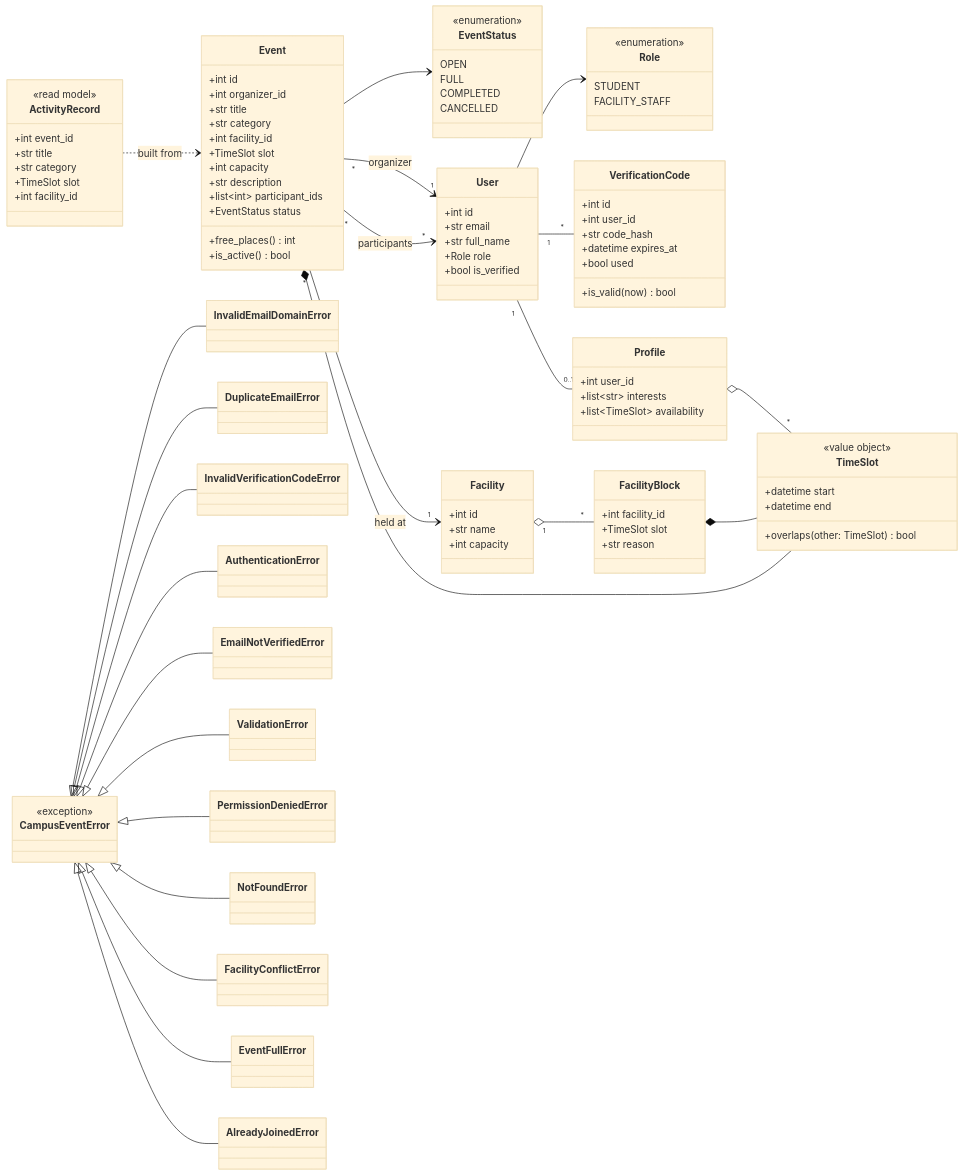
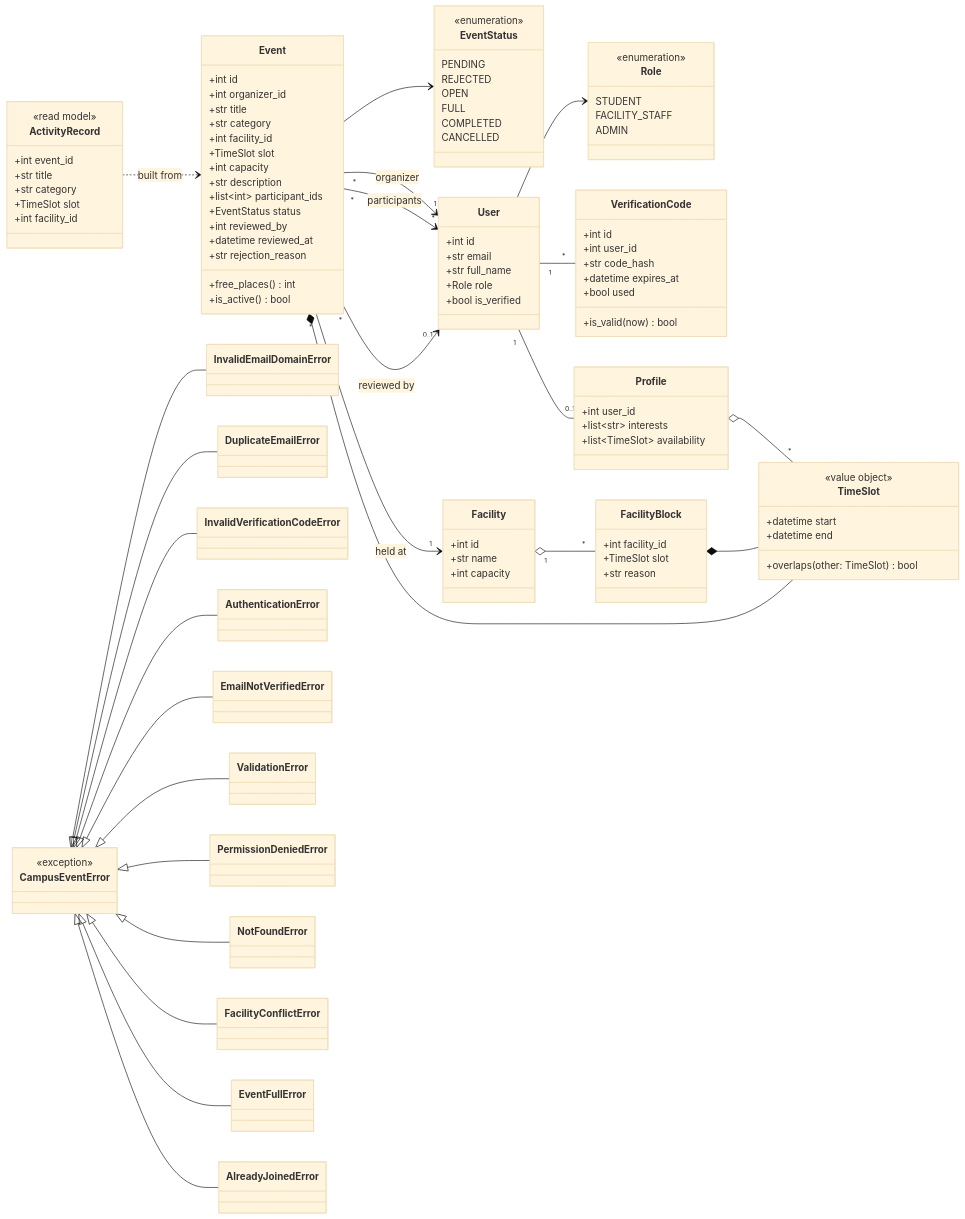
One commit to emir-heval-arda-harun/CMPE-331-project changed the diagram in docs/design/class/domain_classes.mmd. Above: the diagram before and after it, drawn with Mermaid (base theme). The commit also changed 56 other files, not shown here.

First line of the commit message:
CR-01: Admin approval of event requests (UC-12)

```diff
--- a/docs/design/class/domain_classes.mmd
+++ b/docs/design/class/domain_classes.mmd
@@ -1,110 +1,117 @@
 classDiagram
     direction LR
     class Role {
         <<enumeration>>
         STUDENT
         FACILITY_STAFF
+        ADMIN
     }
     class EventStatus {
         <<enumeration>>
+        PENDING
+        REJECTED
         OPEN
         FULL
         COMPLETED
         CANCELLED
     }
     class TimeSlot {
         <<value object>>
         +datetime start
         +datetime end
         +overlaps(other: TimeSlot) bool
     }
     class User {
         +int id
         +str email
         +str full_name
         +Role role
         +bool is_verified
     }
     class VerificationCode {
         +int id
         +int user_id
         +str code_hash
         +datetime expires_at
         +bool used
         +is_valid(now) bool
     }
     class Profile {
         +int user_id
         +list~str~ interests
         +list~TimeSlot~ availability
     }
     class Facility {
         +int id
         +str name
         +int capacity
     }
     class FacilityBlock {
         +int facility_id
         +TimeSlot slot
         +str reason
     }
     class Event {
         +int id
         +int organizer_id
         +str title
         +str category
         +int facility_id
         +TimeSlot slot
         +int capacity
         +str description
         +list~int~ participant_ids
         +EventStatus status
+        +int reviewed_by
+        +datetime reviewed_at
+        +str rejection_reason
         +free_places() int
         +is_active() bool
     }
     class ActivityRecord {
         <<read model>>
         +int event_id
         +str title
         +str category
         +TimeSlot slot
         +int facility_id
     }
     class CampusEventError {
         <<exception>>
     }
     class InvalidEmailDomainError
     class DuplicateEmailError
     class InvalidVerificationCodeError
     class AuthenticationError
     class EmailNotVerifiedError
     class ValidationError
     class PermissionDeniedError
     class NotFoundError
     class FacilityConflictError
     class EventFullError
     class AlreadyJoinedError
 
     User --> Role
     User "1" -- "0..1" Profile
     User "1" -- "*" VerificationCode
     Profile o-- "*" TimeSlot
     Facility "1" o-- "*" FacilityBlock
     FacilityBlock *-- TimeSlot
     Event *-- TimeSlot
     Event --> EventStatus
     Event "*" --> "1" Facility : held at
     Event "*" --> "1" User : organizer
     Event "*" --> "*" User : participants
+    Event "*" --> "0..1" User : reviewed by
     ActivityRecord ..> Event : built from
     CampusEventError <|-- InvalidEmailDomainError
     CampusEventError <|-- DuplicateEmailError
     CampusEventError <|-- InvalidVerificationCodeError
     CampusEventError <|-- AuthenticationError
     CampusEventError <|-- EmailNotVerifiedError
     CampusEventError <|-- ValidationError
     CampusEventError <|-- PermissionDeniedError
     CampusEventError <|-- NotFoundError
     CampusEventError <|-- FacilityConflictError
     CampusEventError <|-- EventFullError
     CampusEventError <|-- AlreadyJoinedError
```
